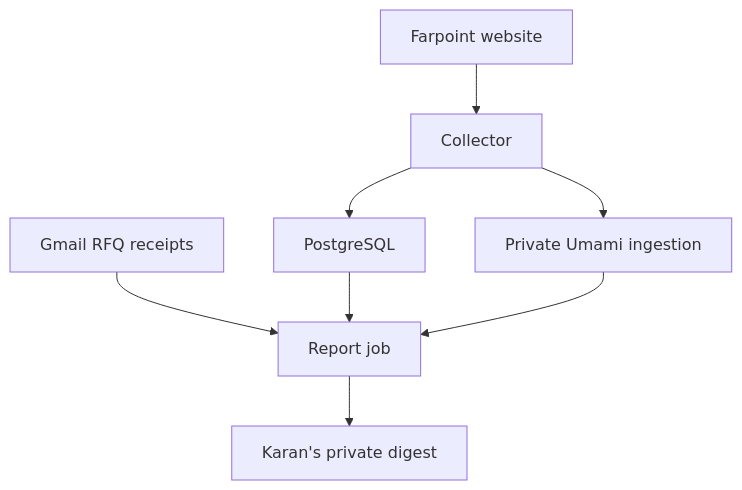
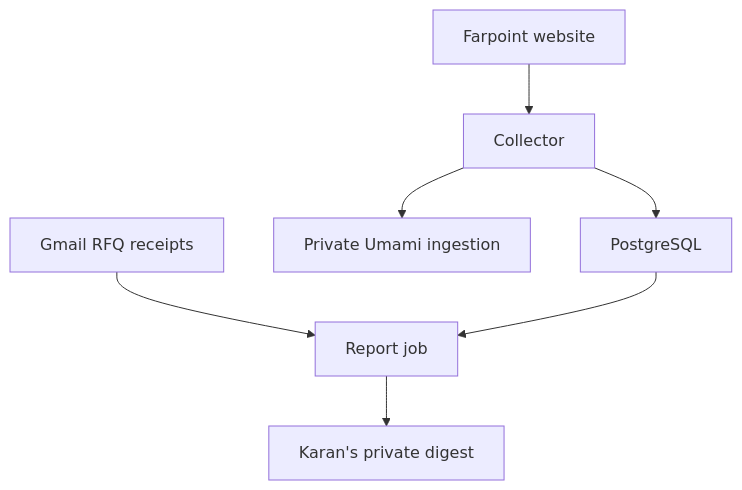
Before and after one commit to FarpointEnergy/farpointenergy.com: the diagram in docs/lead-intelligence-design.md, drawn with Mermaid. The commit also changed other lines of this file and 19 other files, not shown here.

````diff
--- a/docs/lead-intelligence-design.md
+++ b/docs/lead-intelligence-design.md
@@ -26,10 +26,9 @@
 ```mermaid
 flowchart TD
   A["Farpoint website"] --> B["Collector"]
   B --> C["PostgreSQL"]
   B --> D["Private Umami ingestion"]
   E["Gmail RFQ receipts"] --> F["Report job"]
   C --> F
-  D --> F
   F --> G["Karan's private digest"]
 ```
````
